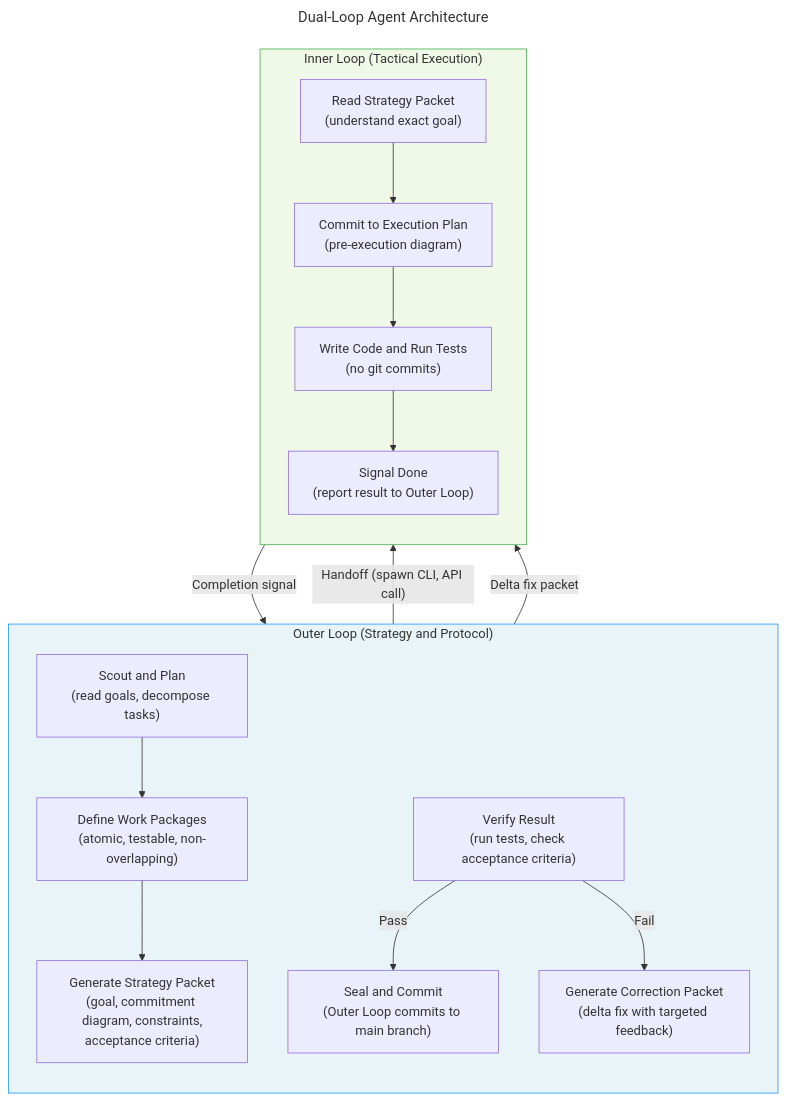
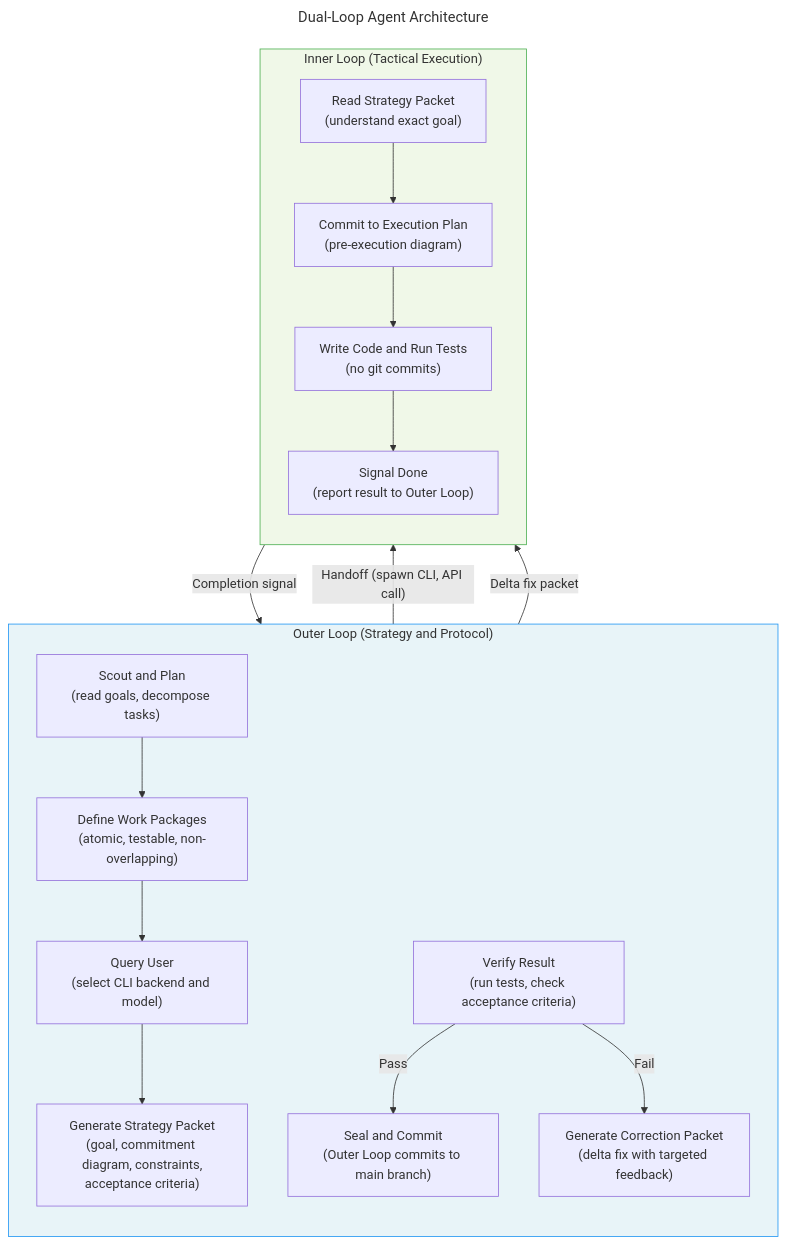
One commit to richfrem/agent-plugins-skills changed the diagram in plugins/agent-loops/assets/diagrams/dual_loop_architecture.mmd. Above: the diagram before and after it, drawn with Mermaid. The commit also changed 48 other files, not shown here.

```diff
--- a/plugins/agent-loops/assets/diagrams/dual_loop_architecture.mmd
+++ b/plugins/agent-loops/assets/diagrams/dual_loop_architecture.mmd
@@ -1,37 +1,39 @@
 ---
 title: Dual-Loop Agent Architecture
 ---
 flowchart TB
     subgraph Outer["Outer Loop (Strategy and Protocol)"]
         direction TB
         Scout["Scout and Plan<BR>(read goals, decompose tasks)"]
         Spec["Define Work Packages<BR>(atomic, testable, non-overlapping)"]
+        Query["Query User<BR>(select CLI backend and model)"]
         Packet["Generate Strategy Packet<BR>(goal, commitment diagram, constraints,<BR>acceptance criteria)"]
         Verify["Verify Result<BR>(run tests, check acceptance criteria)"]
         Commit["Seal and Commit<BR>(Outer Loop commits to main branch)"]
         Correct["Generate Correction Packet<BR>(delta fix with targeted feedback)"]
 
         Scout --> Spec
-        Spec --> Packet
+        Spec --> Query
+        Query --> Packet
         Verify -->|Pass| Commit
         Verify -->|Fail| Correct
     end
 
     subgraph Inner["Inner Loop (Tactical Execution)"]
         direction TB
         Receive["Read Strategy Packet<BR>(understand exact goal)"]
         Plan["Commit to Execution Plan<BR>(pre-execution diagram)"]
         Execute["Write Code and Run Tests<BR>(no git commits)"]
         Signal["Signal Done<BR>(report result to Outer Loop)"]
 
         Receive --> Plan
         Plan --> Execute
         Execute --> Signal
     end
 
     Packet -->|"Handoff (spawn CLI, API call)"| Receive
     Signal -->|"Completion signal"| Verify
     Correct -->|"Delta fix packet"| Receive
 
     style Outer fill:#e8f4f8,stroke:#2196F3
     style Inner fill:#f0f8e8,stroke:#4CAF50
```
